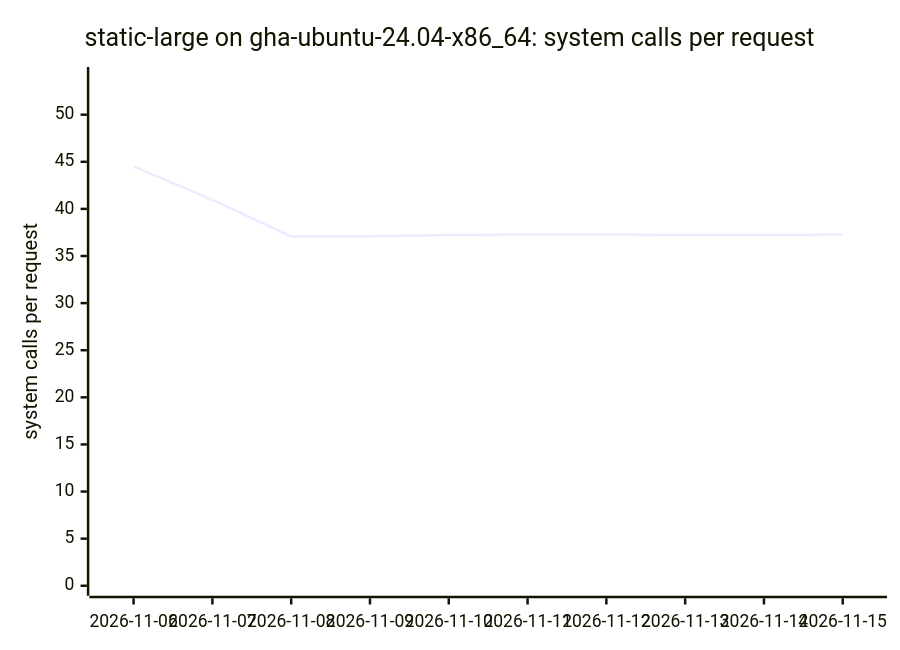
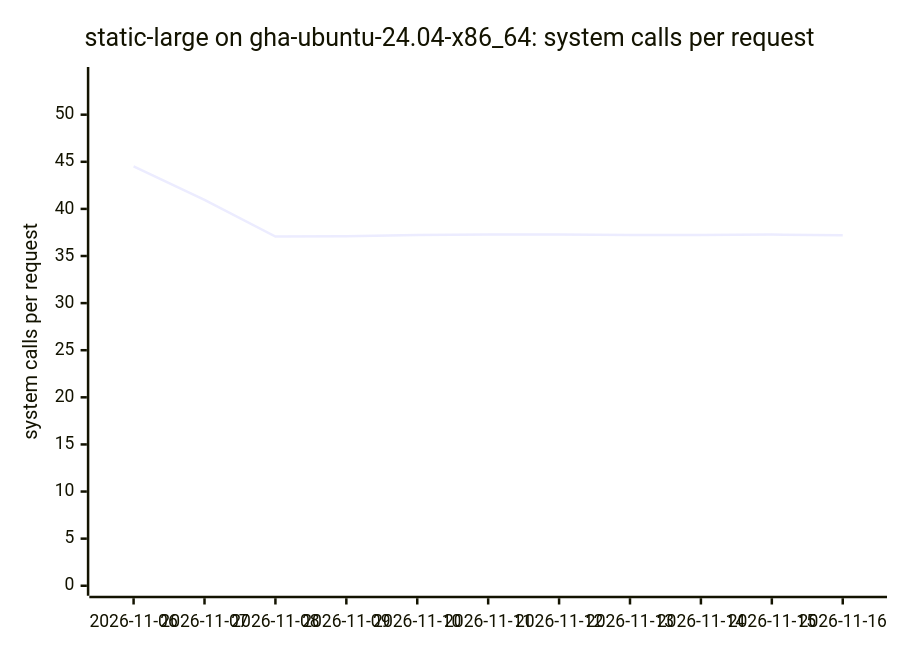
One commit to ThePixelPilgrim/durchlauferhitzer changed diagram 11 of 18 in BENCHMARKS.md. Above: the diagram before and after it, drawn with Mermaid. The commit also changed other lines of this file and 1 other file, not shown here.

````diff
--- a/BENCHMARKS.md
+++ b/BENCHMARKS.md
@@ -128,7 +128,7 @@
 ```mermaid
 xychart-beta
   title "static-large on gha-ubuntu-24.04-x86_64: system calls per request"
-  x-axis ["2026-11-06", "2026-11-07", "2026-11-08", "2026-11-09", "2026-11-10", "2026-11-11", "2026-11-12", "2026-11-13", "2026-11-14", "2026-11-15"]
+  x-axis ["2026-11-06", "2026-11-07", "2026-11-08", "2026-11-09", "2026-11-10", "2026-11-11", "2026-11-12", "2026-11-13", "2026-11-14", "2026-11-15", "2026-11-16"]
   y-axis "system calls per request" 0 --> 54
-  line [44.52, 40.96, 37.07, 37.09, 37.22, 37.28, 37.27, 37.23, 37.22, 37.27]
+  line [44.52, 40.96, 37.07, 37.09, 37.22, 37.28, 37.27, 37.23, 37.22, 37.27, 37.19]
 ```
````
